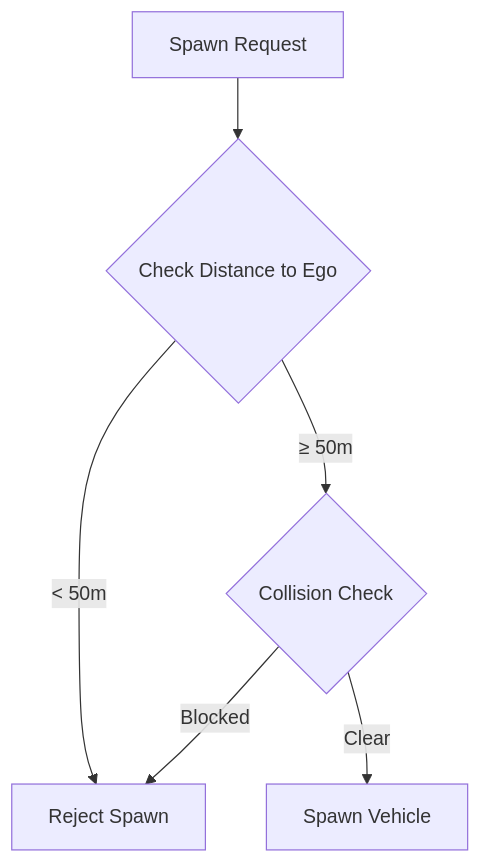
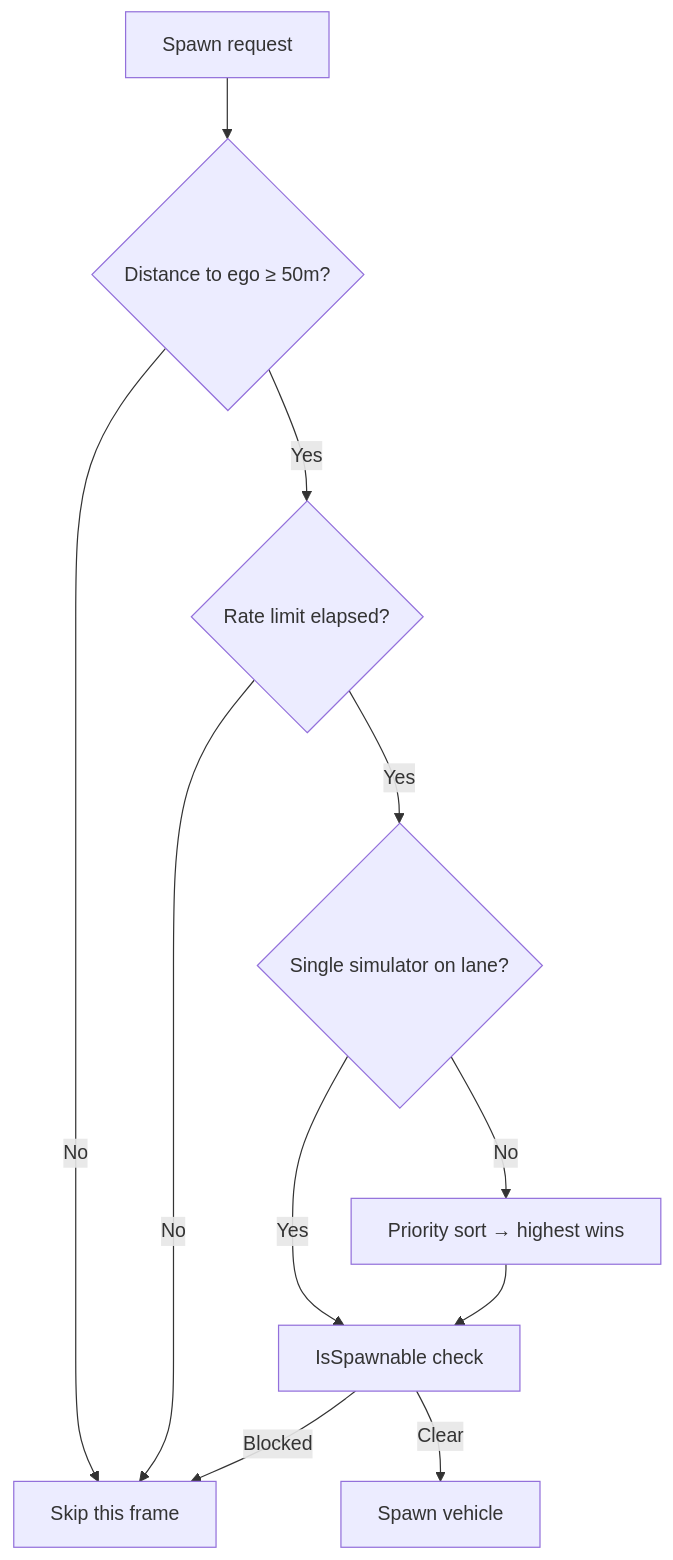
One commit to tlab-wide/V2X_E2E_Simulator changed the fourth of 5 diagrams in docs/Components/TrafficManager/index.md. Above: the diagram before and after it, drawn with Mermaid. The commit also changed other lines of this file and 8 other files, not shown here.

````diff
--- a/docs/Components/TrafficManager/index.md
+++ b/docs/Components/TrafficManager/index.md
@@ -283,8 +183,13 @@
 ```mermaid
 graph TD
-    A[Spawn Request] --> B{Check Distance to Ego}
-    B -->|< 50m| C[Reject Spawn]
-    B -->|≥ 50m| D{Collision Check}
-    D -->|Clear| E[Spawn Vehicle]
-    D -->|Blocked| C
+    A[Spawn request] --> B{Distance to ego ≥ 50m?}
+    B -- No --> SKIP[Skip this frame]
+    B -- Yes --> C{Rate limit elapsed?}
+    C -- No --> SKIP
+    C -- Yes --> D{Single simulator on lane?}
+    D -- Yes --> E[IsSpawnable check]
+    D -- No --> F[Priority sort → highest wins]
+    F --> E
+    E -- Clear --> G[Spawn vehicle]
+    E -- Blocked --> SKIP
 ```
````
